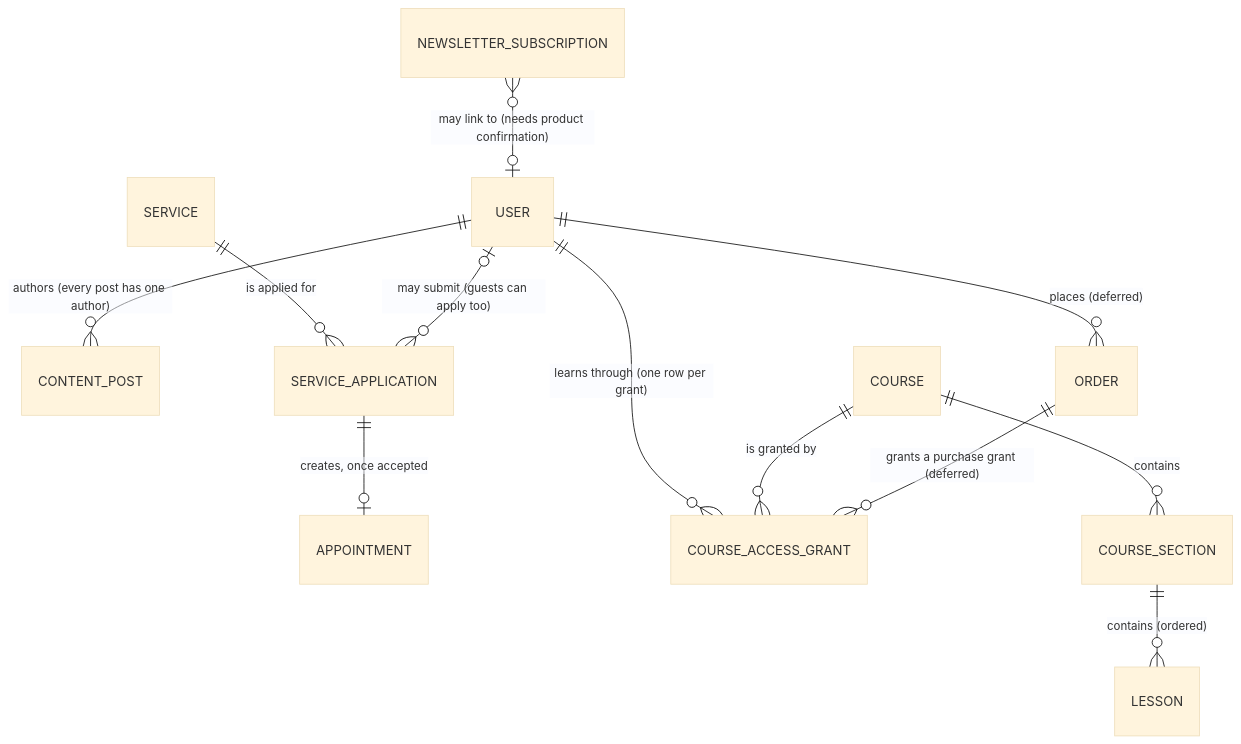
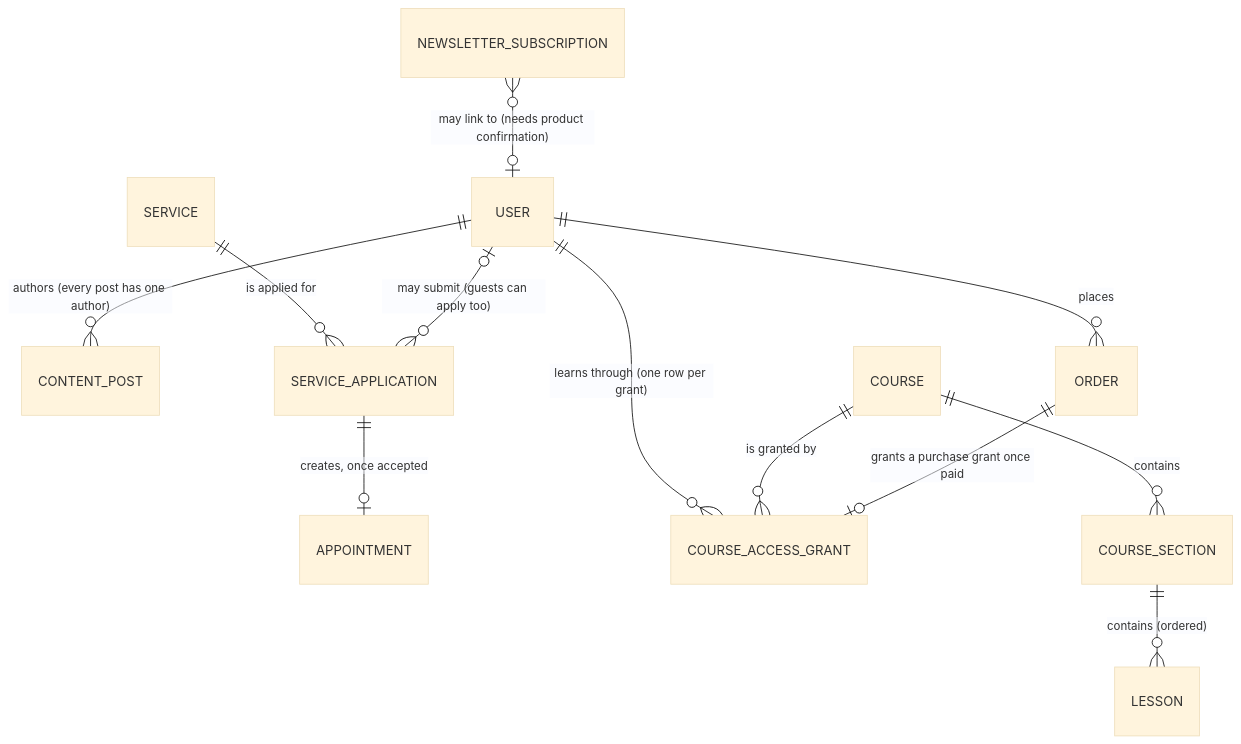
The diagram in docs/data-model.md (kienquocnguyen/xuan-api), drawn with Mermaid (base theme) before and after one commit. The commit also changed other lines of this file and 6 other files, not shown here.

First line of the commit message:
docs: record the course sales and VNPAY design, contract and schema

````diff
--- a/docs/data-model.md
+++ b/docs/data-model.md
@@ -32,14 +32,14 @@
 ```mermaid
 erDiagram
     USER ||--o{ CONTENT_POST : "authors (every post has one author)"
     SERVICE ||--o{ SERVICE_APPLICATION : "is applied for"
     USER |o--o{ SERVICE_APPLICATION : "may submit (guests can apply too)"
     SERVICE_APPLICATION ||--o| APPOINTMENT : "creates, once accepted"
     USER ||--o{ COURSE_ACCESS_GRANT : "learns through (one row per grant)"
     COURSE ||--o{ COURSE_ACCESS_GRANT : "is granted by"
     COURSE ||--o{ COURSE_SECTION : "contains"
     COURSE_SECTION ||--o{ LESSON : "contains (ordered)"
-    USER ||--o{ ORDER : "places (deferred)"
-    ORDER ||--o{ COURSE_ACCESS_GRANT : "grants a purchase grant (deferred)"
+    USER ||--o{ ORDER : "places"
+    ORDER ||--o| COURSE_ACCESS_GRANT : "grants a purchase grant once paid"
     NEWSLETTER_SUBSCRIPTION }o--o| USER : "may link to (needs product confirmation)"
 ```
````
